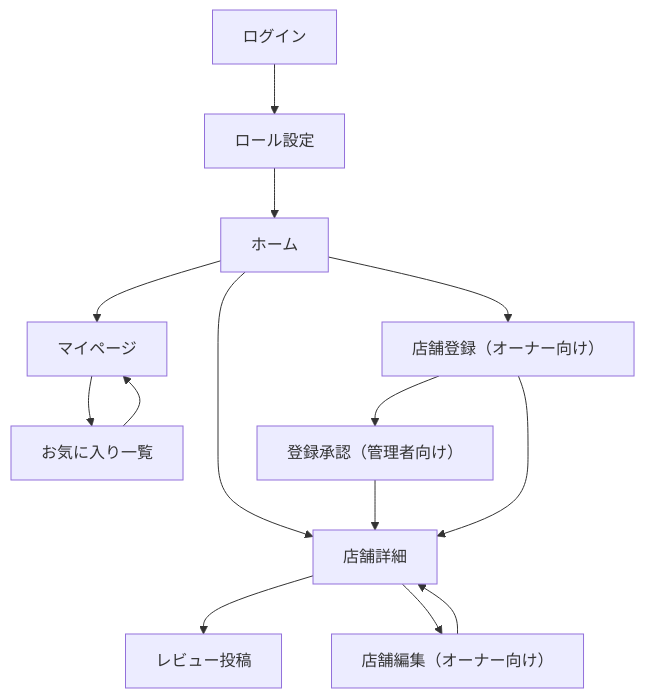
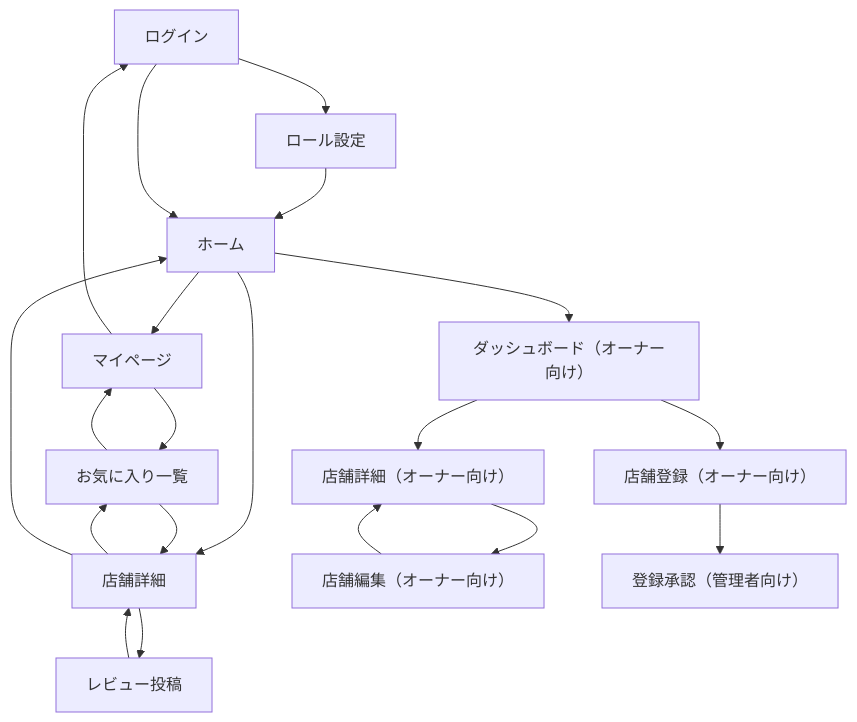
One commit to TeamH04/team-production changed the diagram in docs/screen-flow.md. Above: the diagram before and after it, drawn with Mermaid. The commit also changed other lines of this file, not shown here.

Commit message:
docs: 画面フローの修正及び追加

````diff
--- a/docs/screen-flow.md
+++ b/docs/screen-flow.md
@@ -17,22 +17,31 @@
 ```mermaid
 flowchart TD
 
     A[ログイン] --> B[ロール設定]
     B --> C[ホーム]
+    A --> C
 
     C --> D[マイページ]
     C --> E[店舗詳細]
-    C --> F[店舗登録（オーナー向け）]
+    C --> O[ダッシュボード（オーナー向け）]
+    D --> A
+
+    O --> F[店舗登録（オーナー向け）]
+    O --> K[店舗詳細（オーナー向け）]
 
     D --> G[お気に入り一覧]
     G --> D
+    G --> E
+    E --> G
+    E --> C
+
 
     E --> H[レビュー投稿]
-    E --> I[店舗編集（オーナー向け）]
+    H --> E
+
+    K --> I[店舗編集（オーナー向け）]
+    I --> K
 
     F --> J[登録承認（管理者向け）]
-    J --> E
 
-    F --> E
-    I --> E
 ```
````
